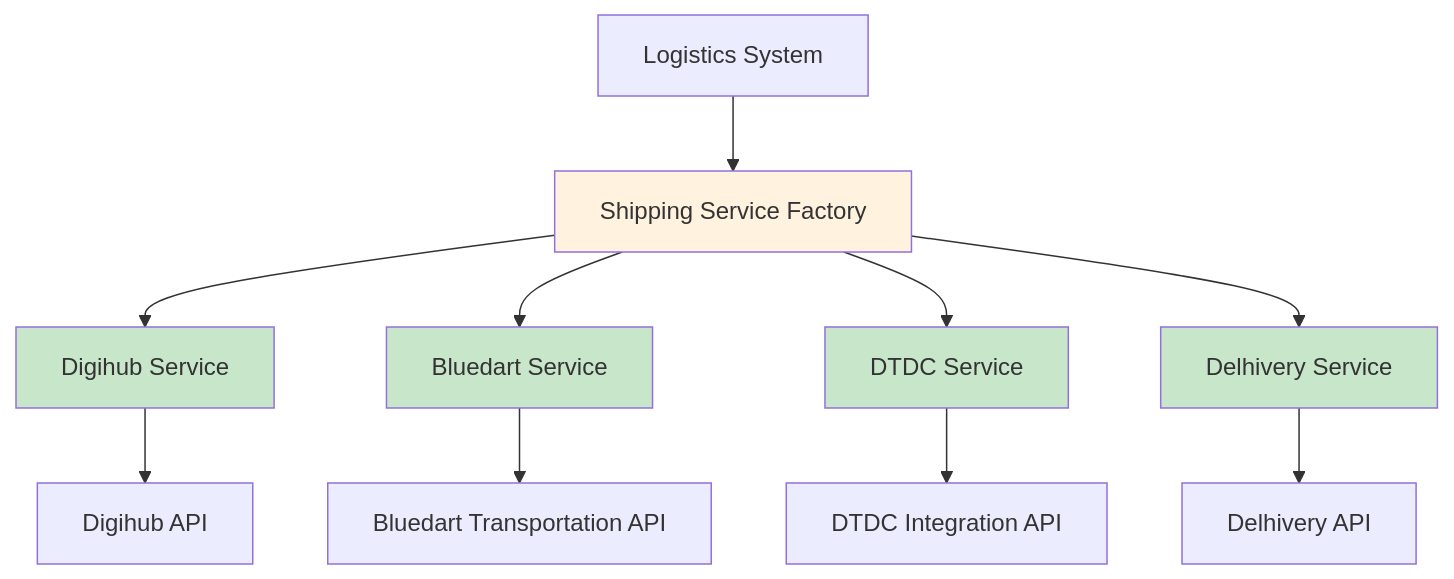
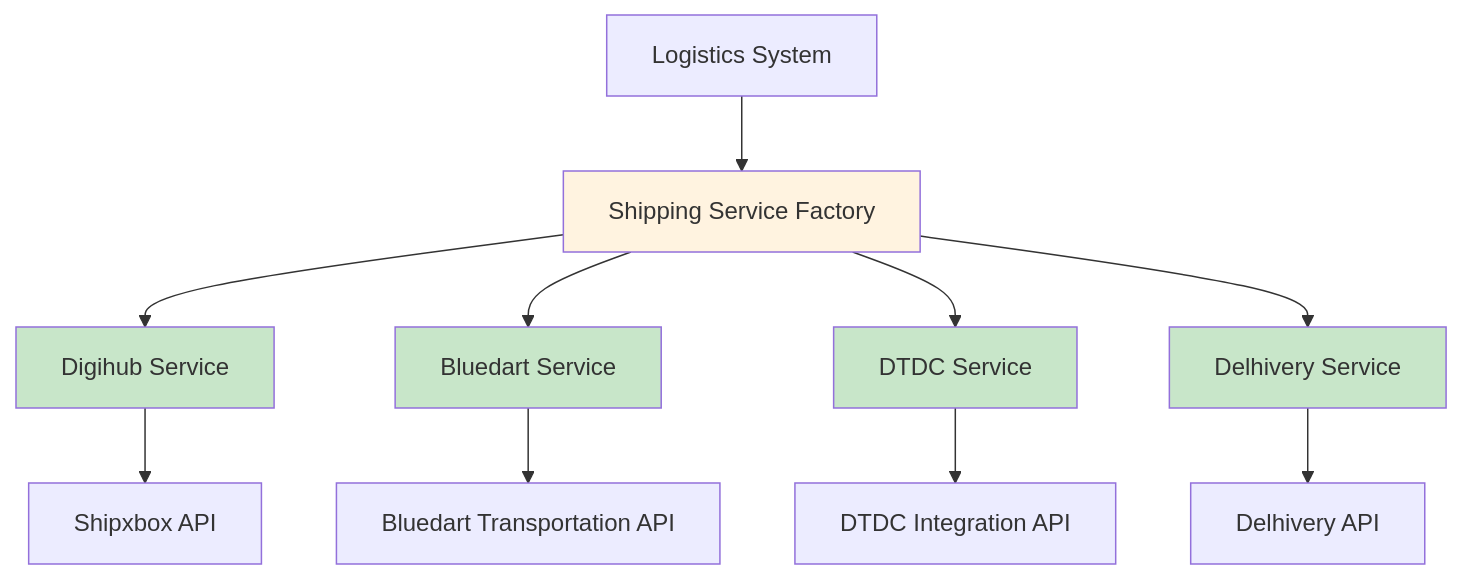
The fifth of 44 diagrams in README.md (sandeepkumar0801/Digihub), drawn with Mermaid before and after one commit. The commit also changed other lines of this file and 1 other file, not shown here.

````diff
--- a/README.md
+++ b/README.md
@@ -640,19 +739,19 @@
 ```mermaid
 graph TD
     A[Logistics System] --> B[Shipping Service Factory]
     B --> C[Digihub Service]
     B --> D[Bluedart Service]
     B --> E[DTDC Service]
     B --> F[Delhivery Service]
 
-    C --> G[Digihub API]
+    C --> G[Shipxbox API]
     D --> H[Bluedart Transportation API]
     E --> I[DTDC Integration API]
     F --> J[Delhivery API]
 
     style B fill:#fff3e0
     style C fill:#c8e6c9
     style D fill:#c8e6c9
     style E fill:#c8e6c9
     style F fill:#c8e6c9
 ```
````
